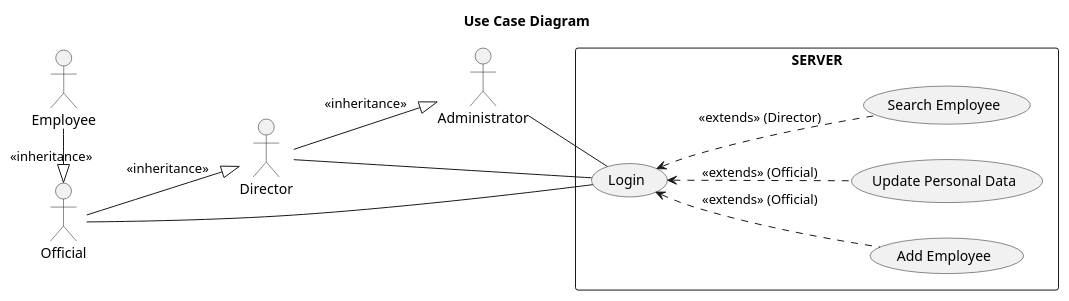
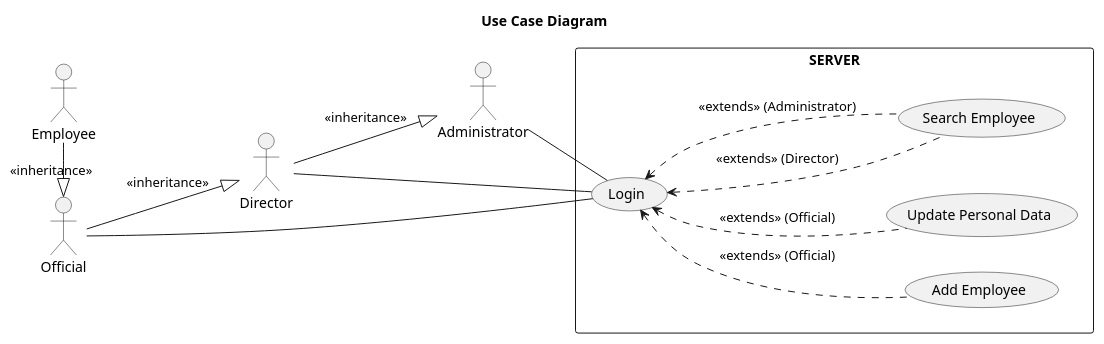
Before and after one commit to danielepelleg/software_engineering: the diagram in Assegnamento3/src/uml/UseCaseDiagram.puml, drawn with PlantUML. The commit also changed 7 other files, not shown here.

```diff
--- a/Assegnamento3/src/uml/UseCaseDiagram.puml
+++ b/Assegnamento3/src/uml/UseCaseDiagram.puml
@@ -1,23 +1,24 @@
 @startuml
 title Use Case Diagram
 
 left to right direction
 
 actor Administrator
 actor Official
 actor Employee
 actor Director
 
 Employee -right-|> (Official) : <<inheritance>>
 Official -down-|> (Director) : <<inheritance>>
 Director -down-|> (Administrator) : <<inheritance>>
 
 rectangle  SERVER {
     Official -- (Login)
     Director -- (Login)
     Administrator -- (Login)
     (Login) <.. (Add Employee) : <<extends>> (Official)
     (Login) <.. (Update Personal Data) : <<extends>> (Official)
     (Login) <.. (Search Employee) : <<extends>> (Director)
+    (Login) <.. (Search Employee) : <<extends>> (Administrator)
 }
 @enduml
```
